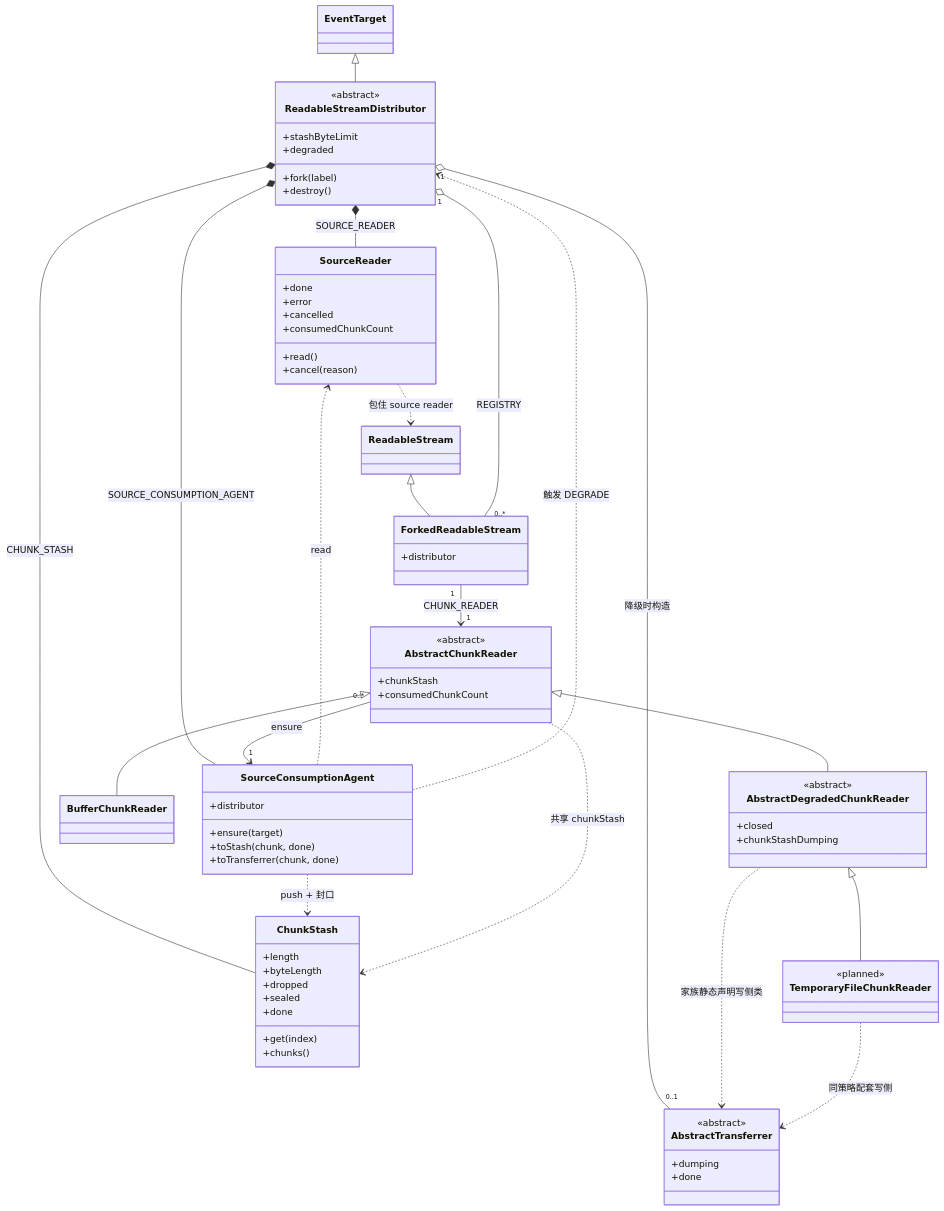
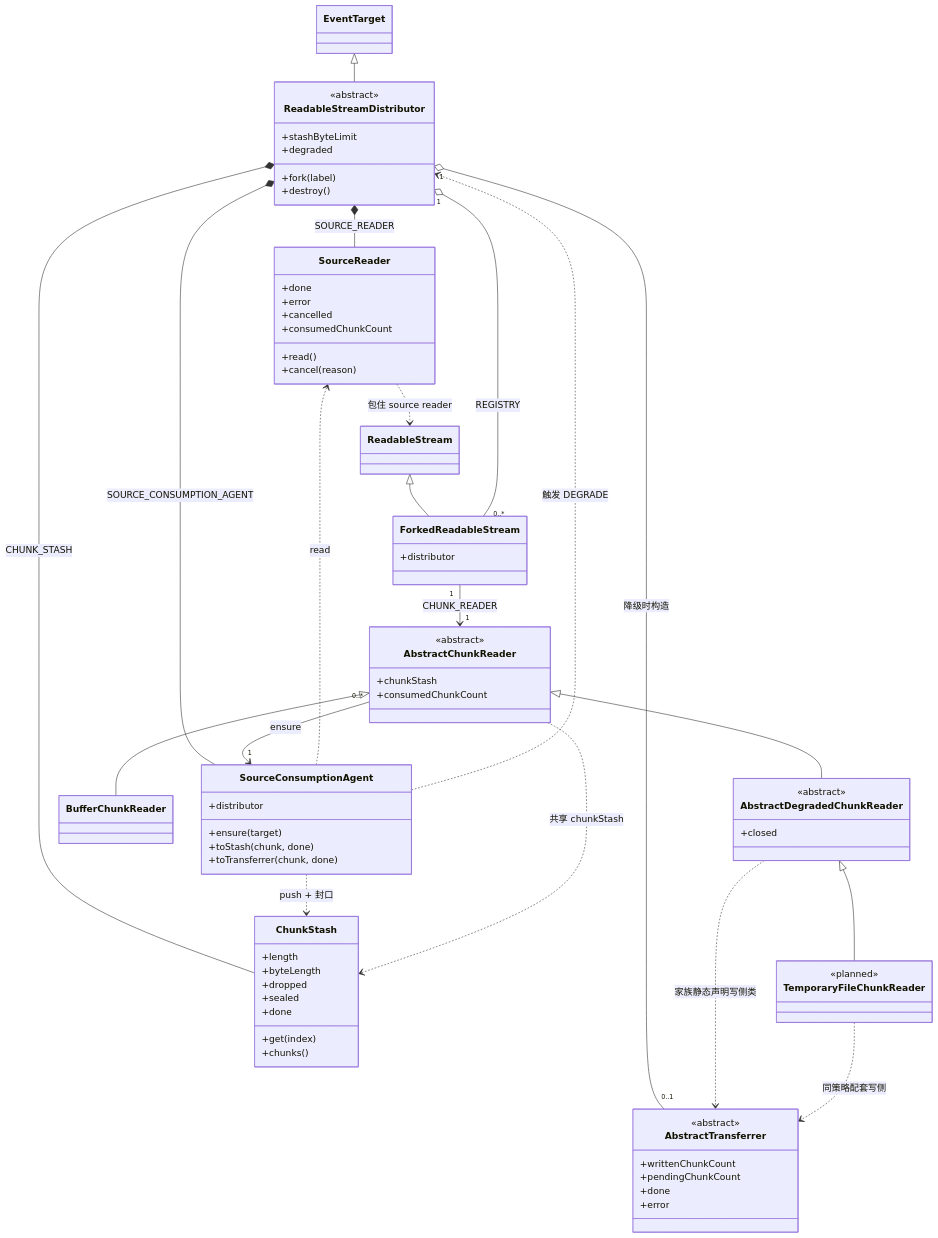
Before and after one commit to produck/node-readable-stream-distributor: the second of 6 diagrams in DESIGN.md, drawn with Mermaid. The commit also changed other lines of this file and 14 other files, not shown here.

```diff
--- a/DESIGN.md
+++ b/DESIGN.md
@@ -181,13 +181,14 @@
     class AbstractDegradedChunkReader {
         <<abstract>>
         +closed
-        +chunkStashDumping
     }
 
     class AbstractTransferrer {
         <<abstract>>
-        +dumping
+        +writtenChunkCount
+        +pendingChunkCount
         +done
+        +error
     }
 
     class TemporaryFileChunkReader {
```
